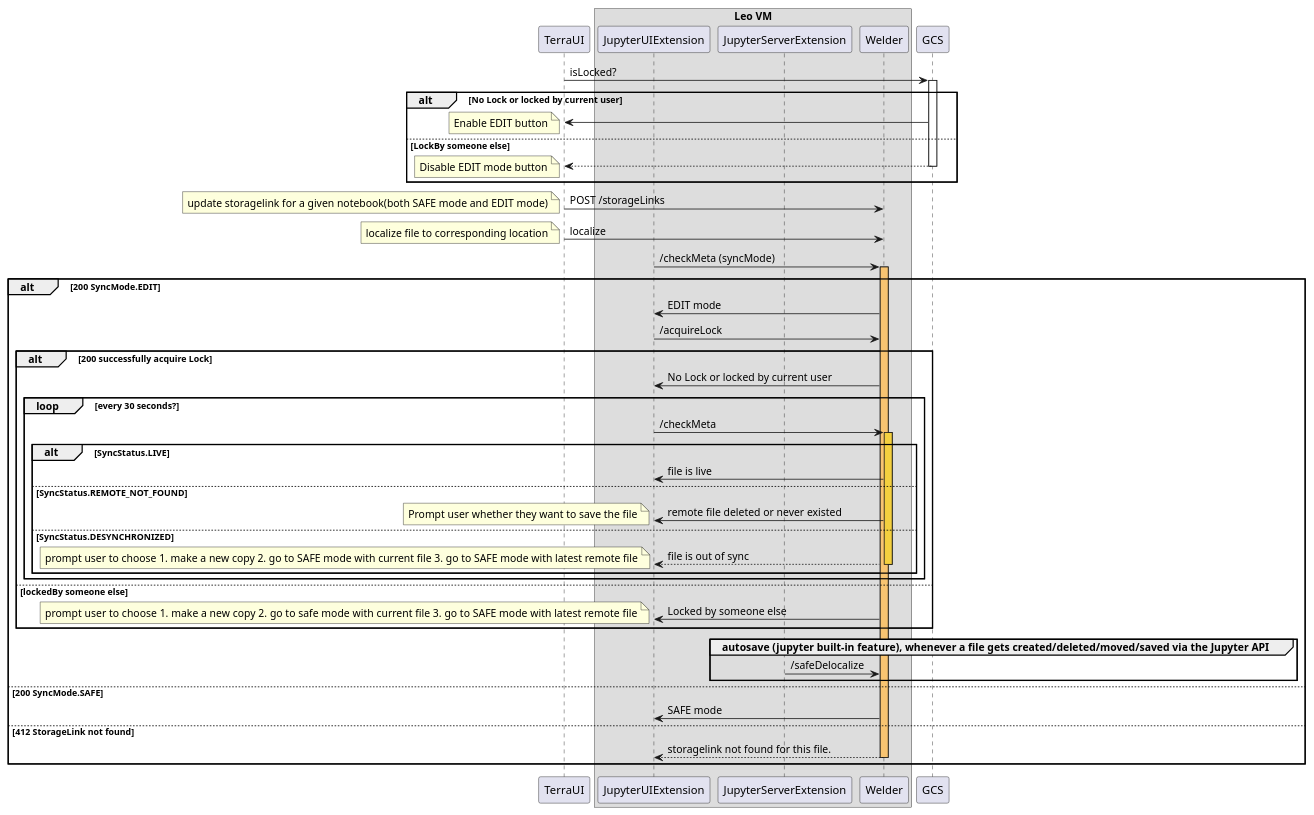
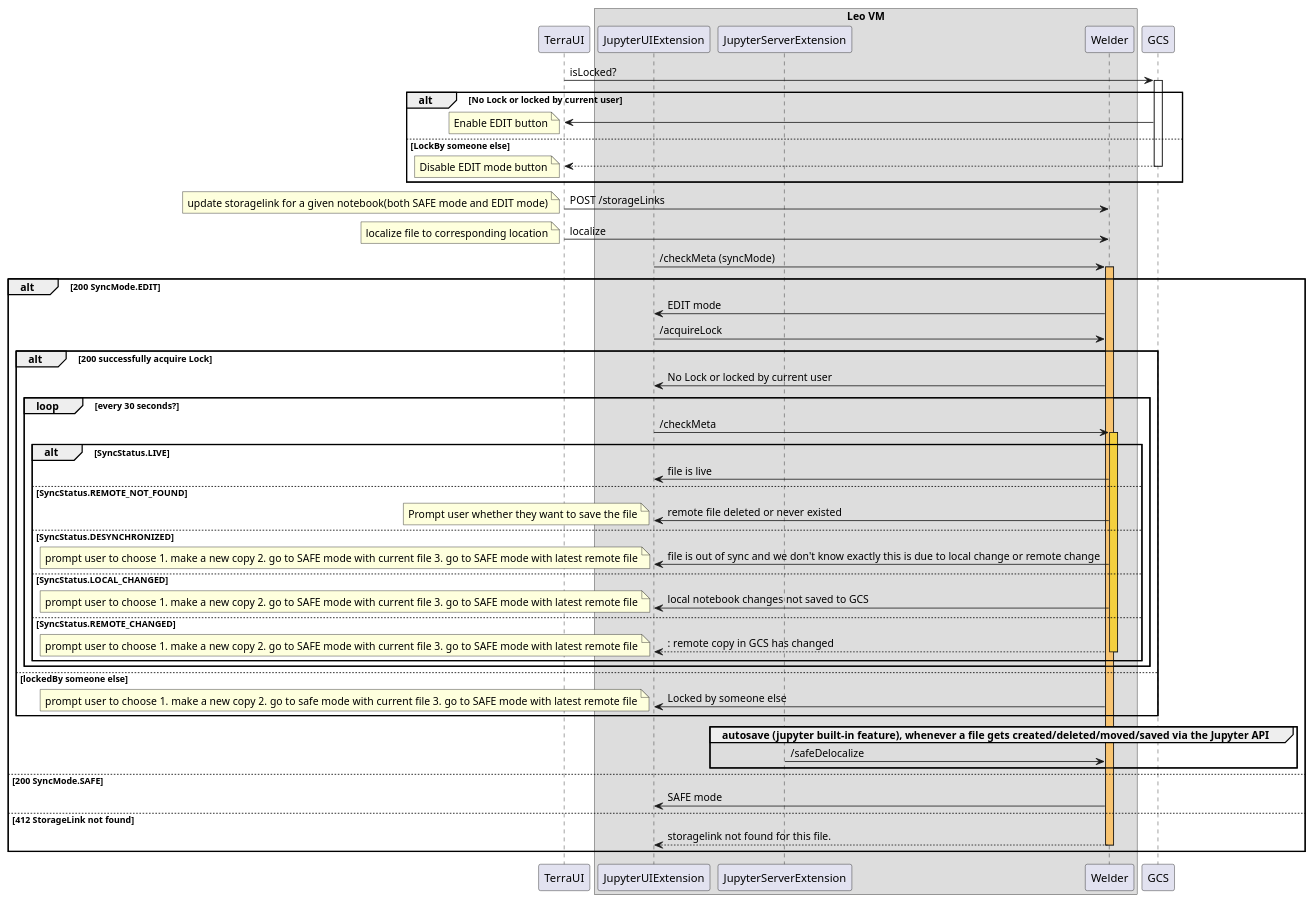
The diagram in server/src/main/resources/UI_Interaction.puml (DataBiosphere/welder), drawn with PlantUML before and after one commit. The commit also changed 1 other file, not shown here.

Commit message:
update diagram

```diff
--- a/server/src/main/resources/UI_Interaction.puml
+++ b/server/src/main/resources/UI_Interaction.puml
@@ -1,54 +1,60 @@
 @startuml
 participant TerraUI
 box "Leo VM"
     participant JupyterUIExtension
     participant JupyterServerExtension
     participant Welder
 end box
 participant GCS
 
 TerraUI -> GCS ++: isLocked?
 alt No Lock or locked by current user
     GCS -> TerraUI:
     note left: Enable EDIT button
 else LockBy someone else
     return
     note left: Disable EDIT mode button
 end
 TerraUI -> Welder: POST /storageLinks
 note left: update storagelink for a given notebook(both SAFE mode and EDIT mode)
 TerraUI -> Welder: localize
 note left: localize file to corresponding location
 
 JupyterUIExtension -> Welder ++ #F8C471: /checkMeta (syncMode)
 alt 200 SyncMode.EDIT
     Welder -> JupyterUIExtension: EDIT mode
     JupyterUIExtension -> Welder: /acquireLock
 
     alt 200 successfully acquire Lock
         Welder -> JupyterUIExtension: No Lock or locked by current user
         loop every 30 seconds?
             JupyterUIExtension -> Welder ++ #F4D03F: /checkMeta
             alt SyncStatus.LIVE
                 Welder -> JupyterUIExtension: file is live
             else SyncStatus.REMOTE_NOT_FOUND
                 Welder -> JupyterUIExtension: remote file deleted or never existed
                 note left: Prompt user whether they want to save the file
             else SyncStatus.DESYNCHRONIZED
-                return file is out of sync
+                Welder -> JupyterUIExtension: file is out of sync and we don't know exactly this is due to local change or remote change
+                note left: prompt user to choose 1. make a new copy 2. go to SAFE mode with current file 3. go to SAFE mode with latest remote file
+            else SyncStatus.LOCAL_CHANGED
+                Welder -> JupyterUIExtension: local notebook changes not saved to GCS
+                note left: prompt user to choose 1. make a new copy 2. go to SAFE mode with current file 3. go to SAFE mode with latest remote file
+            else SyncStatus.REMOTE_CHANGED
+               return: remote copy in GCS has changed
                 note left: prompt user to choose 1. make a new copy 2. go to SAFE mode with current file 3. go to SAFE mode with latest remote file
             end
         end
     else lockedBy someone else
         Welder -> JupyterUIExtension: Locked by someone else
         note left: prompt user to choose 1. make a new copy  2. go to safe mode with current file 3. go to SAFE mode with latest remote file
     end
     group autosave (jupyter built-in feature), whenever a file gets created/deleted/moved/saved via the Jupyter API
         JupyterServerExtension -> Welder: /safeDelocalize
     end
 else 200 SyncMode.SAFE
     Welder -> JupyterUIExtension: SAFE mode
 else 412 StorageLink not found
     return storagelink not found for this file.
 end
 @enduml
```
